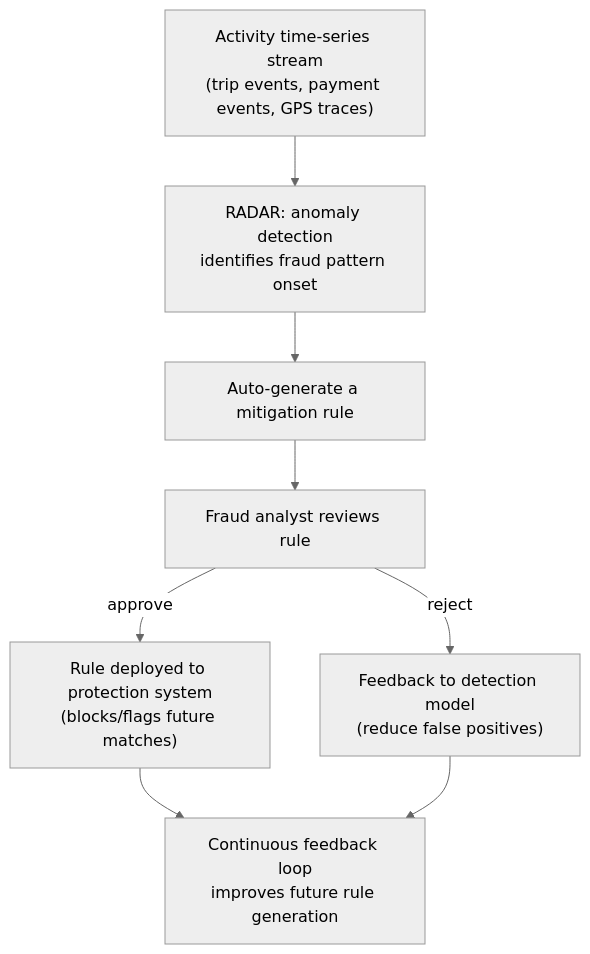
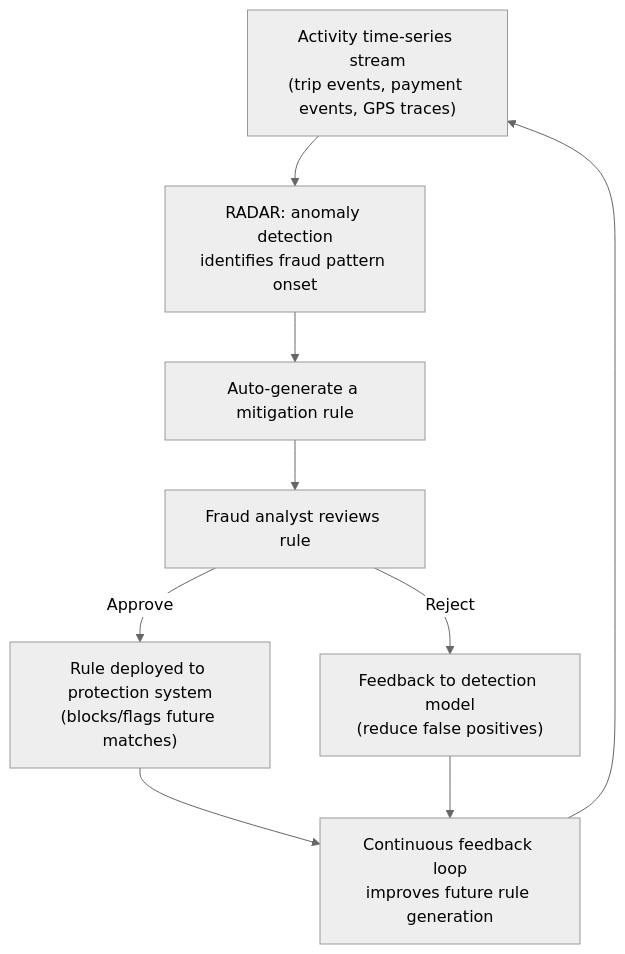
Before and after one commit to riyaz-pasha/Learnings: diagram 20 of 25 in system-design/HLD/0-course/30-Design Uber-FAANG-Guide.md, drawn with Mermaid (neutral theme). The commit also changed other lines of this file and 1 other file, not shown here.

First line of the commit message:
[REWRITE] Design Uber guides: simplify prose, add structure, fix dark-theme diagrams

````diff
--- a/system-design/HLD/0-course/30-Design Uber-FAANG-Guide.md
+++ b/system-design/HLD/0-course/30-Design Uber-FAANG-Guide.md
@@ -912,10 +1001,11 @@
 ```mermaid
 flowchart TD
     A["Activity time-series stream<br/>(trip events, payment events, GPS traces)"] --> B["RADAR: anomaly detection<br/>identifies fraud pattern onset"]
     B --> C["Auto-generate a mitigation rule"]
     C --> D["Fraud analyst reviews rule"]
-    D -->|approve| E["Rule deployed to protection system<br/>(blocks/flags future matches)"]
-    D -->|reject| F["Feedback to detection model<br/>(reduce false positives)"]
+    D -->|Approve| E["Rule deployed to protection system<br/>(blocks/flags future matches)"]
+    D -->|Reject| F["Feedback to detection model<br/>(reduce false positives)"]
     E --> G["Continuous feedback loop<br/>improves future rule generation"]
     F --> G
+    G --> A
 ```
````
